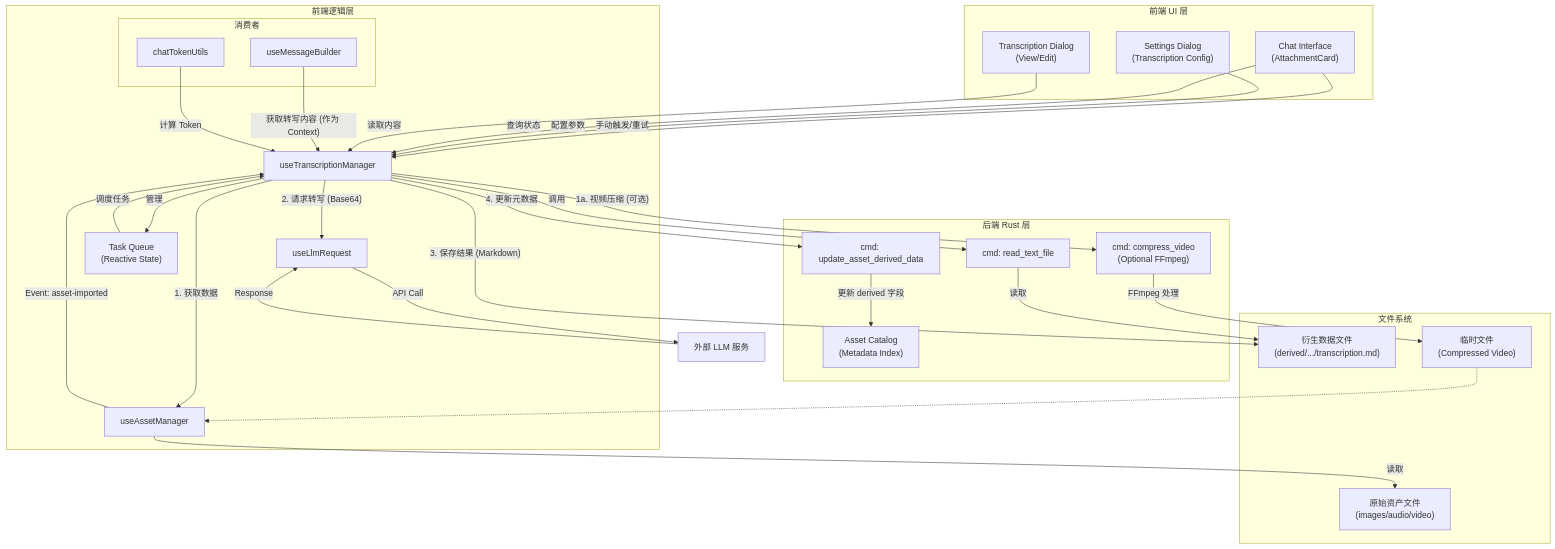
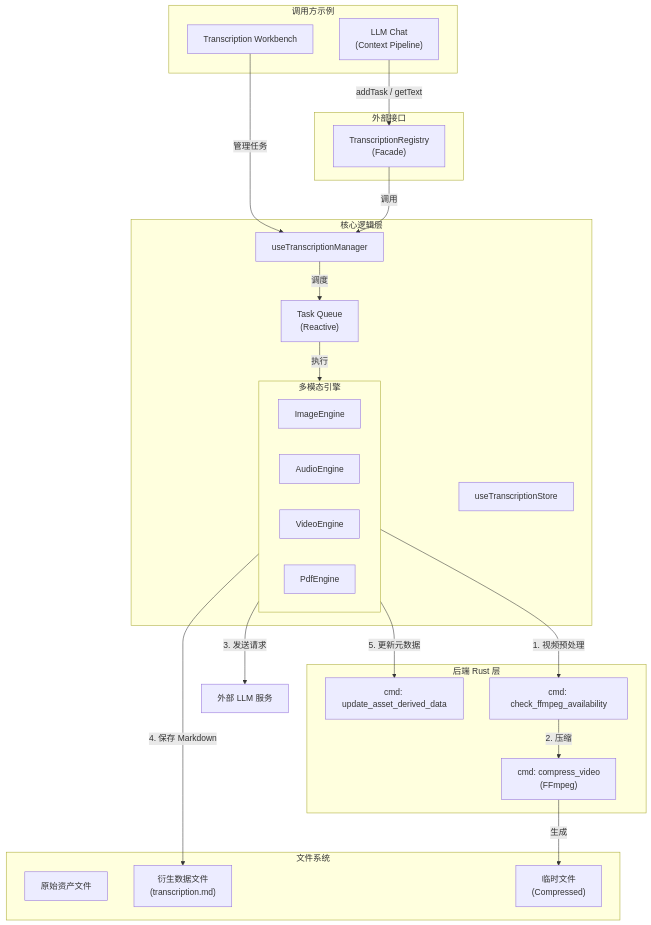
Before and after one commit to miaotouy/aio-hub: the diagram in docs/architecture/transcription-architecture.md, drawn with Mermaid. The commit also changed other lines of this file and 2 other files, not shown here.

First line of the commit message:
docs(transcription): 更新文档说明转写功能解耦为独立工具模块

````diff
--- a/docs/architecture/transcription-architecture.md
+++ b/docs/architecture/transcription-architecture.md
@@ -19,69 +20,55 @@
 ```mermaid
 graph TD
-    subgraph UI [前端 UI 层]
-        ChatUI["Chat Interface<br/>(AttachmentCard)"]
-        Settings["Settings Dialog<br/>(Transcription Config)"]
-        TransDialog["Transcription Dialog<br/>(View/Edit)"]
+    subgraph External [外部接口]
+        Registry["TranscriptionRegistry<br/>(Facade)"]
     end
 
-    subgraph Logic [前端逻辑层]
+    subgraph Logic [核心逻辑层]
         TM[useTranscriptionManager]
-        AM[useAssetManager]
-        LLM_Req[useLlmRequest]
-        Queue["Task Queue<br/>(Reactive State)"]
-        
-        subgraph Consumers [消费者]
-            MsgBuilder[useMessageBuilder]
-            TokenCalc[chatTokenUtils]
+        Store[useTranscriptionStore]
+        Queue["Task Queue<br/>(Reactive)"]
+
+        subgraph Engines [多模态引擎]
+            direction LR
+            IE[ImageEngine]
+            AE[AudioEngine]
+            VE[VideoEngine]
+            PE[PdfEngine]
         end
     end
 
     subgraph Backend [后端 Rust 层]
-        CmdUpdate["cmd: update_asset_derived_data"]
-        CmdRead["cmd: read_text_file"]
-        CmdVideo["cmd: compress_video<br/>(Optional FFmpeg)"]
-        Catalog["Asset Catalog<br/>(Metadata Index)"]
+        CmdAsset["cmd: update_asset_derived_data"]
+        CmdVideo["cmd: compress_video<br/>(FFmpeg)"]
+        CmdCheck["cmd: check_ffmpeg_availability"]
     end
 
     subgraph FS [文件系统]
-        OriginalFiles["原始资产文件<br/>(images/audio/video)"]
-        DerivedFiles["衍生数据文件<br/>(derived/.../transcription.md)"]
-        TempFiles["临时文件<br/>(Compressed Video)"]
+        OriginalFiles["原始资产文件"]
+        DerivedFiles["衍生数据文件<br/>(transcription.md)"]
+        TempFiles["临时文件<br/>(Compressed)"]
     end
 
-    ExtLLM[外部 LLM 服务]
+    subgraph Consumers [调用方示例]
+        Chat["LLM Chat<br/>(Context Pipeline)"]
+        Workbench["Transcription Workbench"]
+    end
 
-    %% 触发流程
-    AM -- "Event: asset-imported" --> TM
-    ChatUI -- "手动触发/重试" --> TM
-    Settings -- "配置参数" --> TM
+    %% 调用关系
+    Chat -- "addTask / getText" --> Registry
+    Workbench -- "管理任务" --> TM
+    Registry -- "调用" --> TM
+    TM -- "调度" --> Queue
+    Queue -- "执行" --> Engines
 
-    %% 核心处理流程
-    TM -- "管理" --> Queue
-    Queue -- "调度任务" --> TM
-    TM -- "1. 获取数据" --> AM
-    AM -- "读取" --> OriginalFiles
-    
-    %% 视频特殊处理分支
-    TM -- "1a. 视频压缩 (可选)" --> CmdVideo
-    CmdVideo -- "FFmpeg 处理" --> TempFiles
-    TempFiles -.-> AM
-    
-    TM -- "2. 请求转写 (Base64)" --> LLM_Req
-    LLM_Req -- "API Call" --> ExtLLM
-    ExtLLM -- "Response" --> LLM_Req
-    
-    %% 结果保存流程
-    TM -- "3. 保存结果 (Markdown)" --> DerivedFiles
-    TM -- "4. 更新元数据" --> CmdUpdate
-    CmdUpdate -- "更新 derived 字段" --> Catalog
+    %% 引擎交互
+    Engines -- "1. 视频预处理" --> CmdCheck
+    CmdCheck -- "2. 压缩" --> CmdVideo
+    CmdVideo -- "生成" --> TempFiles
 
-    %% 消费流程
-    ChatUI -- "查询状态" --> TM
-    TransDialog -- "读取内容" --> TM
-    TM -- "调用" --> CmdRead
-    CmdRead -- "读取" --> DerivedFiles
-    
-    MsgBuilder -- "获取转写内容 (作为 Context)" --> TM
-    TokenCalc -- "计算 Token" --> TM
+    Engines -- "3. 发送请求" --> LLM[外部 LLM 服务]
+
+    %% 结果保存
+    Engines -- "4. 保存 Markdown" --> DerivedFiles
+    Engines -- "5. 更新元数据" --> CmdAsset
 ```
````
